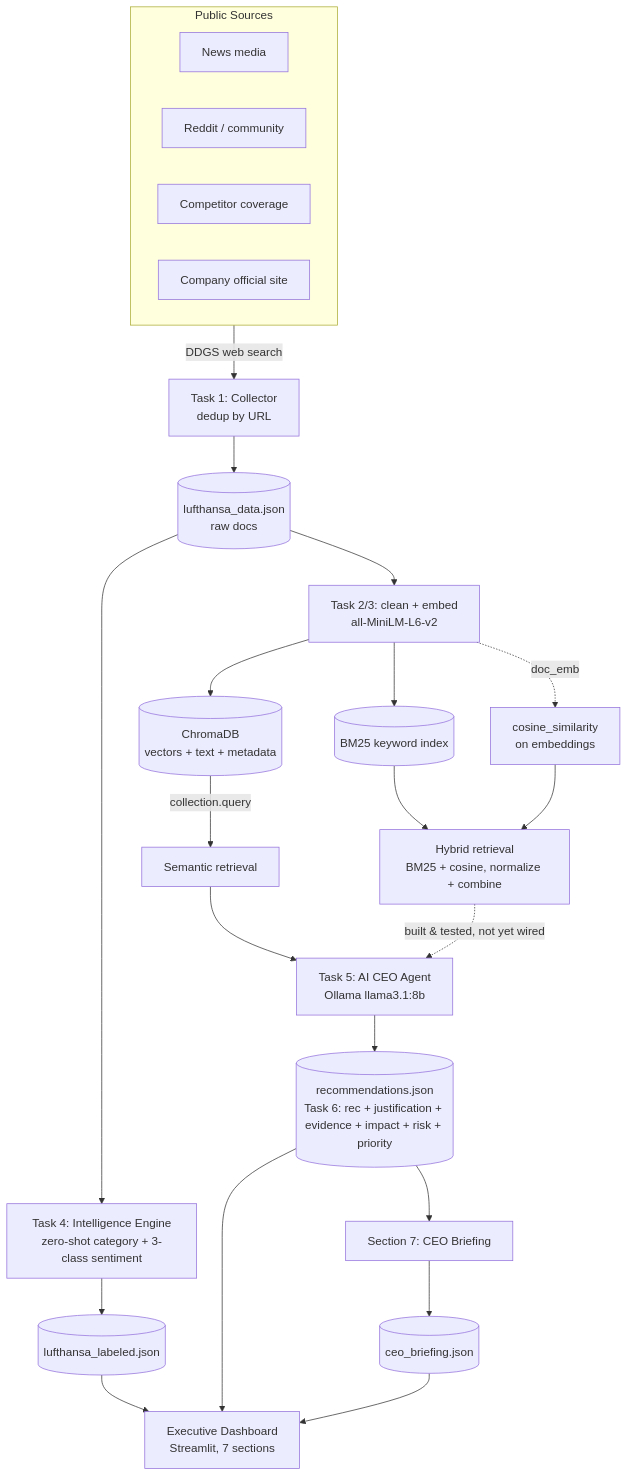
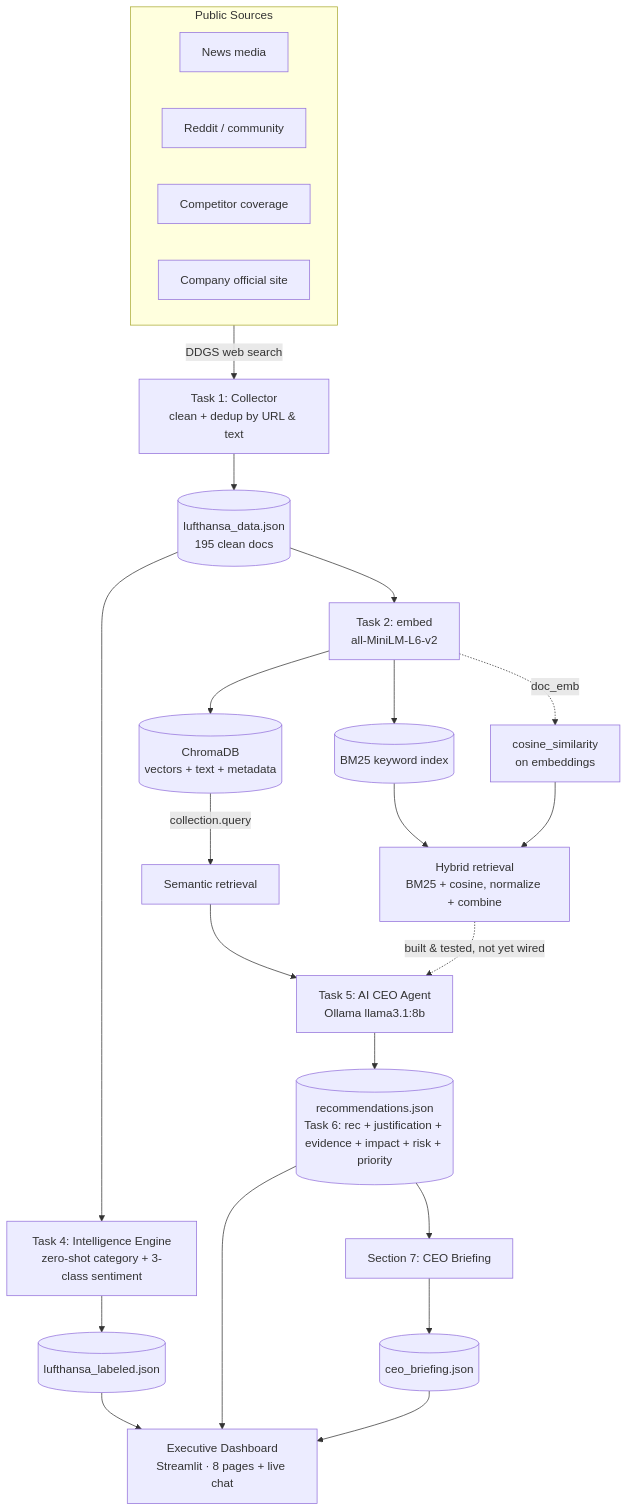
Before and after one commit to Nihalpujari/ML_Practice: the first of 2 diagrams in NLP/NLP Exam/AI CEO Strategic Intelligence Agent/README.md, drawn with Mermaid. The commit also changed other lines of this file and 1 other file, not shown here.

````diff
--- a/NLP/NLP Exam/AI CEO Strategic Intelligence Agent/README.md
+++ b/NLP/NLP Exam/AI CEO Strategic Intelligence Agent/README.md
@@ -80,34 +84,34 @@
 ```mermaid
 flowchart TD
     subgraph SOURCES[Public Sources]
         N[News media]
         R[Reddit / community]
         CMP[Competitor coverage]
         CO[Company official site]
     end
 
-    SOURCES -->|DDGS web search| COLLECT[Task 1: Collector<br/>dedup by URL]
-    COLLECT --> JSON[(lufthansa_data.json<br/>raw docs)]
+    SOURCES -->|DDGS web search| COLLECT[Task 1: Collector<br/>clean + dedup by URL & text]
+    COLLECT --> JSON[(lufthansa_data.json<br/>195 clean docs)]
 
-    JSON --> PROC[Task 2/3: clean + embed<br/>all-MiniLM-L6-v2]
+    JSON --> PROC[Task 2: embed<br/>all-MiniLM-L6-v2]
     PROC --> CHROMA[(ChromaDB<br/>vectors + text + metadata)]
     PROC --> BM25[(BM25 keyword index)]
     PROC -. doc_emb .-> COS[cosine_similarity<br/>on embeddings]
 
     JSON --> INTEL[Task 4: Intelligence Engine<br/>zero-shot category + 3-class sentiment]
     INTEL --> LABELED[(lufthansa_labeled.json)]
 
     CHROMA -->|collection.query| SEM[Semantic retrieval]
     BM25 --> HYB[Hybrid retrieval<br/>BM25 + cosine, normalize + combine]
     COS --> HYB
 
     SEM --> AGENT[Task 5: AI CEO Agent<br/>Ollama llama3.1:8b]
     HYB -. built &amp; tested, not yet wired .-> AGENT
     AGENT --> RECS[(recommendations.json<br/>Task 6: rec + justification + evidence + impact + risk + priority)]
     RECS --> BRIEF[Section 7: CEO Briefing]
     BRIEF --> CB[(ceo_briefing.json)]
 
-    LABELED --> DASH[Executive Dashboard<br/>Streamlit, 7 sections]
+    LABELED --> DASH[Executive Dashboard<br/>Streamlit · 8 pages + live chat]
     RECS --> DASH
     CB --> DASH
 ```
````
